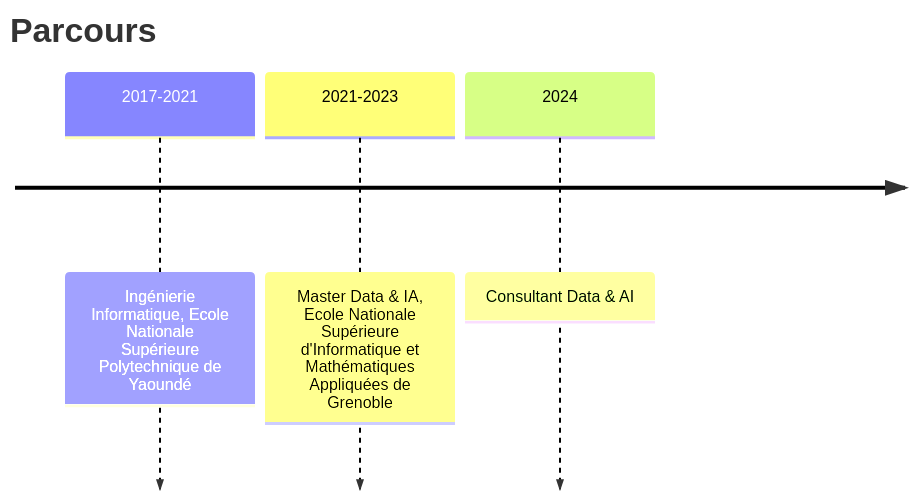
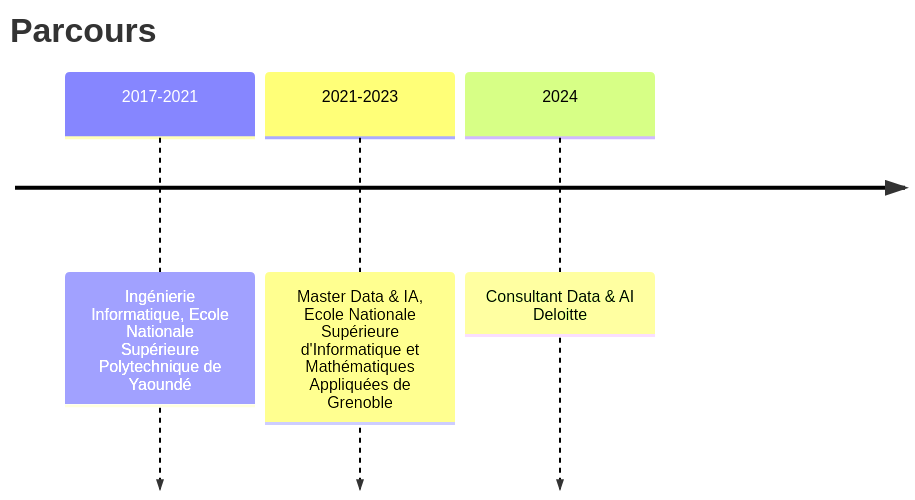
Before and after one commit to Nprime496/nprime496.github.io: the diagram in website_content/Me.md, drawn with Mermaid.

Commit message:
chore: mini edits

````diff
--- a/website_content/Me.md
+++ b/website_content/Me.md
@@ -11,8 +11,8 @@
 ```mermaid
 timeline
     title Parcours
 
     2017-2021 : Ingénierie Informatique, Ecole Nationale Supérieure Polytechnique de Yaoundé
     2021-2023 : Master Data & IA, Ecole Nationale Supérieure d'Informatique et Mathématiques Appliquées de Grenoble
-    2024 : Consultant Data & AI
+    2024 : Consultant Data & AI Deloitte
 ```
````
